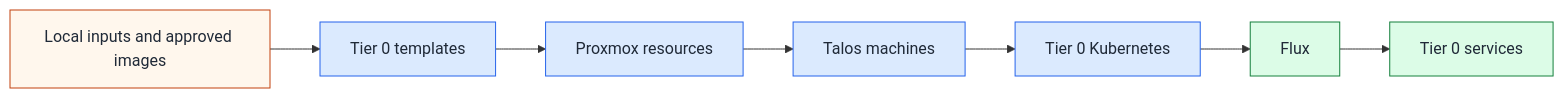
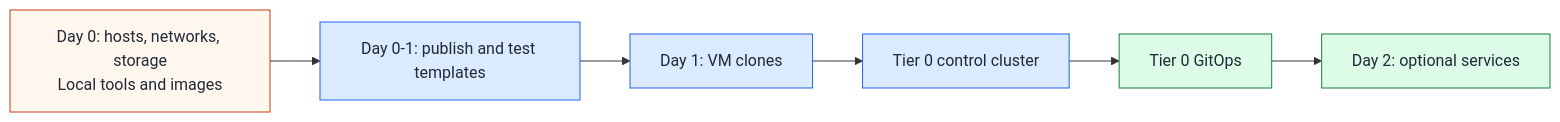
Before and after one commit to Rexus/homelab: the diagram in docs/paths/tier-0/bootstrap.md, drawn with Mermaid. The commit also changed other lines of this file and 133 other files, not shown here.

````diff
--- a/docs/paths/tier-0/bootstrap.md
+++ b/docs/paths/tier-0/bootstrap.md
@@ -131,17 +148,17 @@
 ```mermaid
 flowchart LR
-  Inputs["Local inputs and approved images"] --> Templates["Tier 0 templates"]
-  Templates --> Proxmox["Proxmox resources"]
-  Proxmox --> Talos["Talos machines"]
-  Talos --> K8s["Tier 0 Kubernetes"]
-  K8s --> Flux["Flux"]
-  Flux --> Services["Tier 0 services"]
+  Inputs["Day 0: hosts, networks, storage<br/>Local tools and images"]
+  Inputs --> Templates["Day 0-1: publish and test templates"]
+  Templates --> Guests["Day 1: VM clones"]
+  Guests --> K8s["Tier 0 control cluster"]
+  K8s --> Flux["Tier 0 GitOps"]
+  Flux --> Services["Day 2: optional services"]
 
   classDef bootstrap fill:#fff7ed,stroke:#c2410c,color:#1f2937
   classDef platform fill:#dbeafe,stroke:#2563eb,color:#1f2937
   classDef gitops fill:#dcfce7,stroke:#15803d,color:#1f2937
 
   class Inputs bootstrap
-  class Templates,Proxmox,Talos,K8s platform
+  class Templates,Guests,K8s platform
   class Flux,Services gitops
 ```
````
